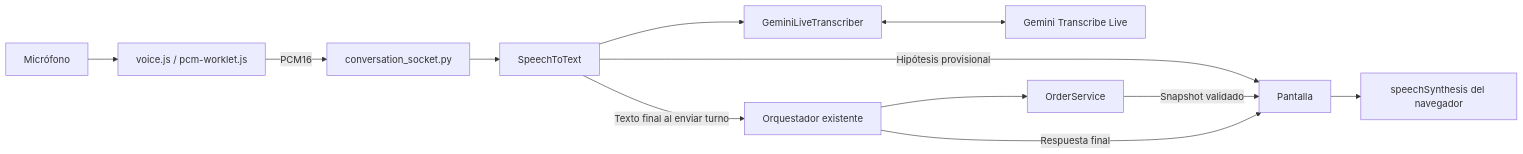
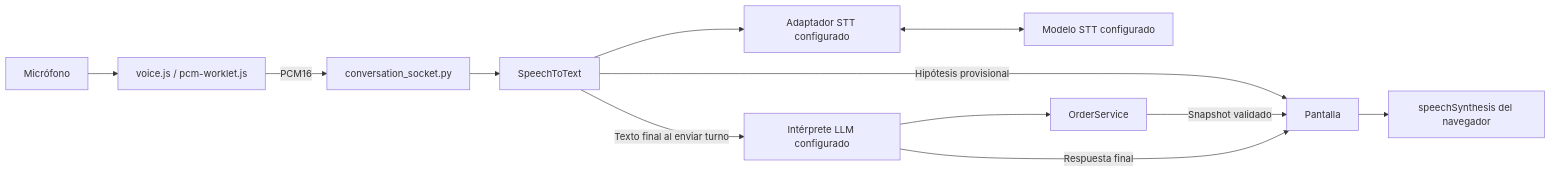
One commit to gsierra1/self_order changed the diagram in docs/voz.md. Above: the diagram before and after it, drawn with Mermaid. The commit also changed other lines of this file and 5 other files, not shown here.

````diff
--- a/docs/voz.md
+++ b/docs/voz.md
@@ -7,14 +7,14 @@
 ```mermaid
 flowchart LR
     M[Micrófono] --> V[voice.js / pcm-worklet.js]
     V -->|PCM16| W[conversation_socket.py]
     W --> T[SpeechToText]
-    T --> GT[GeminiLiveTranscriber]
-    GT <--> G[Gemini Transcribe Live]
+    T --> GT[Adaptador STT configurado]
+    GT <--> G[Modelo STT configurado]
     T -->|Hipótesis provisional| UI[Pantalla]
-    T -->|Texto final al enviar turno| O[Orquestador existente]
+    T -->|Texto final al enviar turno| O[Intérprete LLM configurado]
     O --> S[OrderService]
     S -->|Snapshot validado| UI
     O -->|Respuesta final| UI
     UI --> R[speechSynthesis del navegador]
 ```
````
